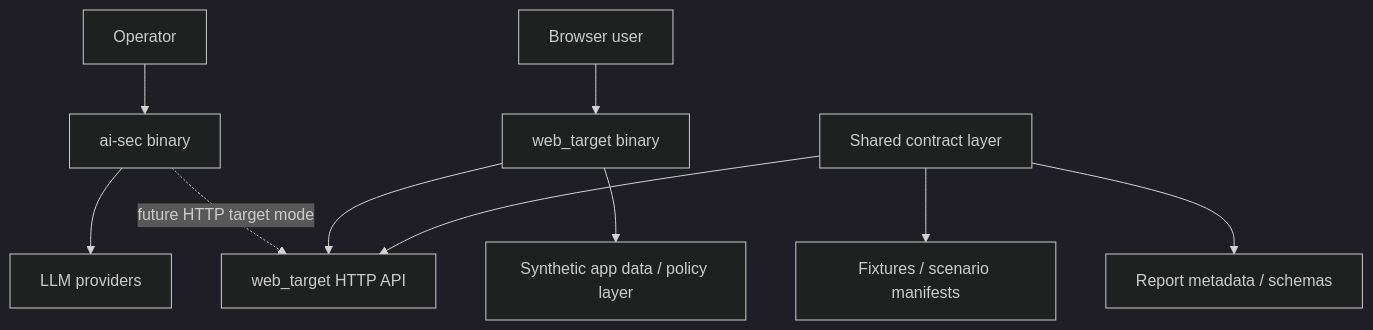
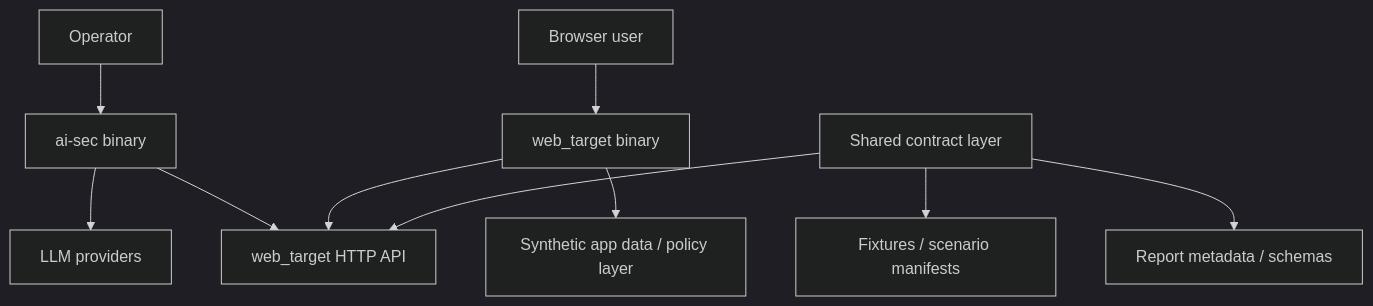
Before and after one commit to murza4ok/AI-security-test: the first of 9 diagrams in Architecture.md, drawn with Mermaid (dark theme). The commit also changed other lines of this file and 14 other files, not shown here.

Commit message:
http: add external web target client

````diff
--- a/Architecture.md
+++ b/Architecture.md
@@ -42,14 +43,14 @@
 ```mermaid
 flowchart TD
     U["Operator"] --> CLI["ai-sec binary"]
     B["Browser user"] --> WEB["web_target binary"]
 
     CLI --> P["LLM providers"]
-    CLI -. future HTTP target mode .-> API["web_target HTTP API"]
+    CLI --> API["web_target HTTP API"]
     WEB --> API
     WEB --> DATA["Synthetic app data / policy layer"]
 
     S["Shared contract layer"] --> API
     S --> FX["Fixtures / scenario manifests"]
     S --> R["Report metadata / schemas"]
 ```
````
